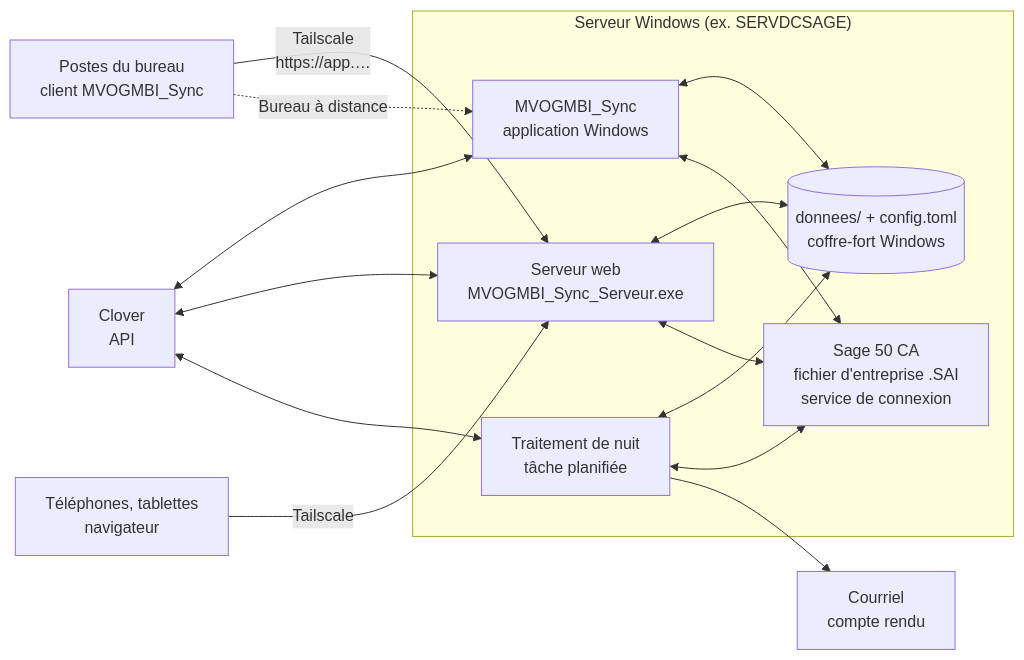
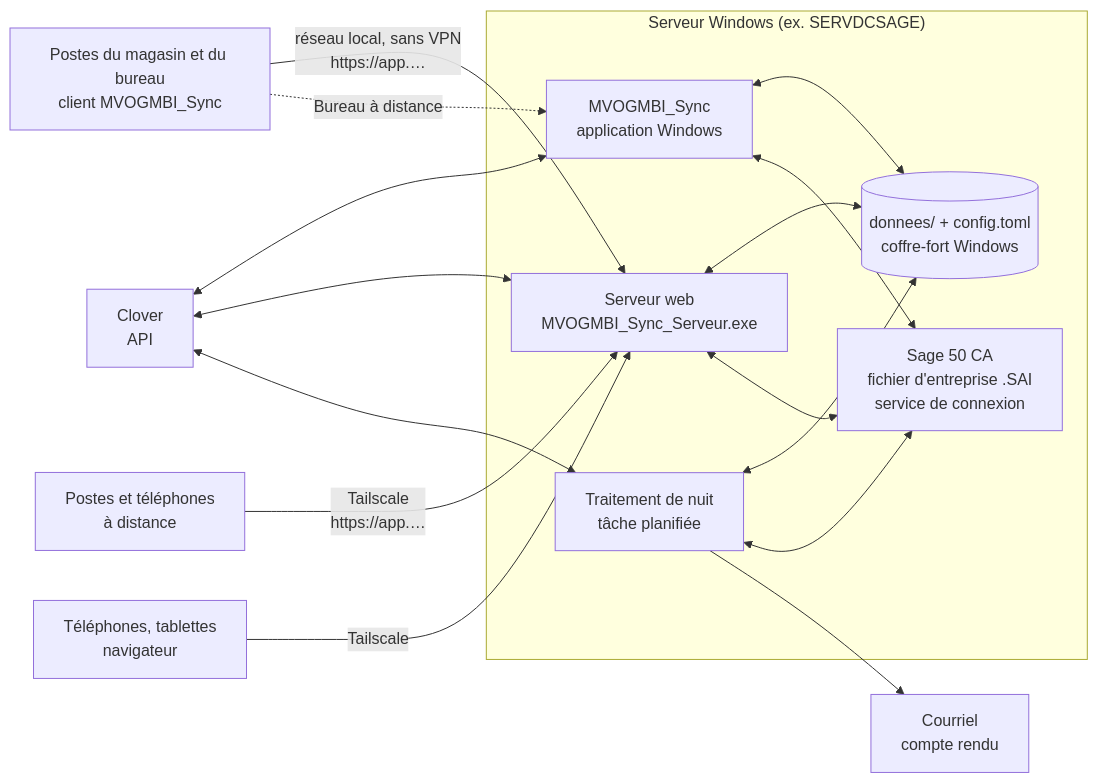
The first of 3 diagrams in documentation/GUIDE_ADMINISTRATEUR.md (mteingueng-dot/MVOGMBI_Sync_2026.1), drawn with Mermaid before and after one commit. The commit also changed other lines of this file and 27 other files, not shown here.

First line of the commit message:
Version 1.0.15 : VPN seulement à distance (réseau local sans Tailscale)

````diff
--- a/documentation/GUIDE_ADMINISTRATEUR.md
+++ b/documentation/GUIDE_ADMINISTRATEUR.md
@@ -13,17 +13,18 @@
 ```mermaid
 flowchart LR
     subgraph Serveur["Serveur Windows (ex. SERVDCSAGE)"]
         SAGE["Sage 50 CA<br/>fichier d'entreprise .SAI<br/>service de connexion"]
         APP["MVOGMBI_Sync<br/>application Windows"]
         WEB["Serveur web<br/>MVOGMBI_Sync_Serveur.exe"]
         NUIT["Traitement de nuit<br/>tâche planifiée"]
         DON[("donnees/ + config.toml<br/>coffre-fort Windows")]
     end
     CL["Clover<br/>API"] <--> APP & WEB & NUIT
     APP & WEB & NUIT <--> DON
     APP & WEB & NUIT <--> SAGE
-    POSTE["Postes du bureau<br/>client MVOGMBI_Sync"] -->|"Tailscale<br/>https://app.…"| WEB
+    POSTE["Postes du magasin et du bureau<br/>client MVOGMBI_Sync"] -->|"réseau local, sans VPN<br/>https://app.…"| WEB
+    LOIN["Postes et téléphones<br/>à distance"] -->|"Tailscale<br/>https://app.…"| WEB
     TEL["Téléphones, tablettes<br/>navigateur"] -->|Tailscale| WEB
     POSTE -.->|Bureau à distance| APP
     NUIT --> SMTP["Courriel<br/>compte rendu"]
 ```
````
